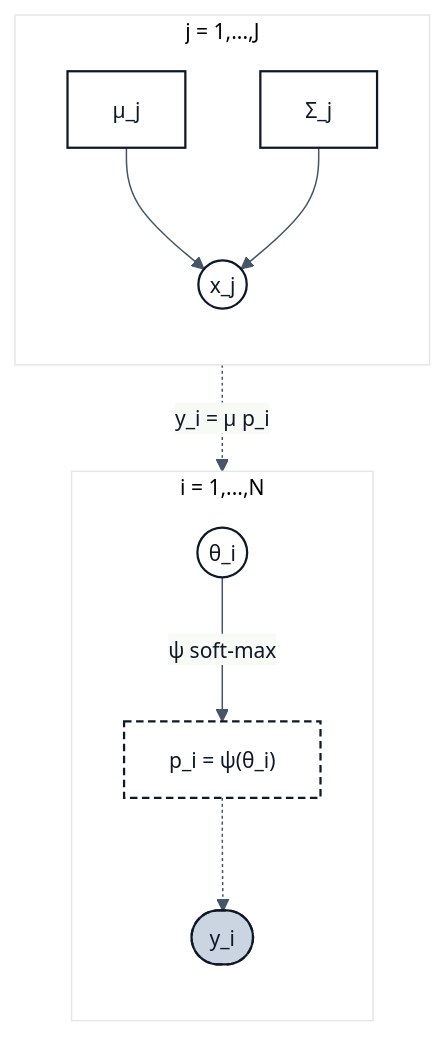
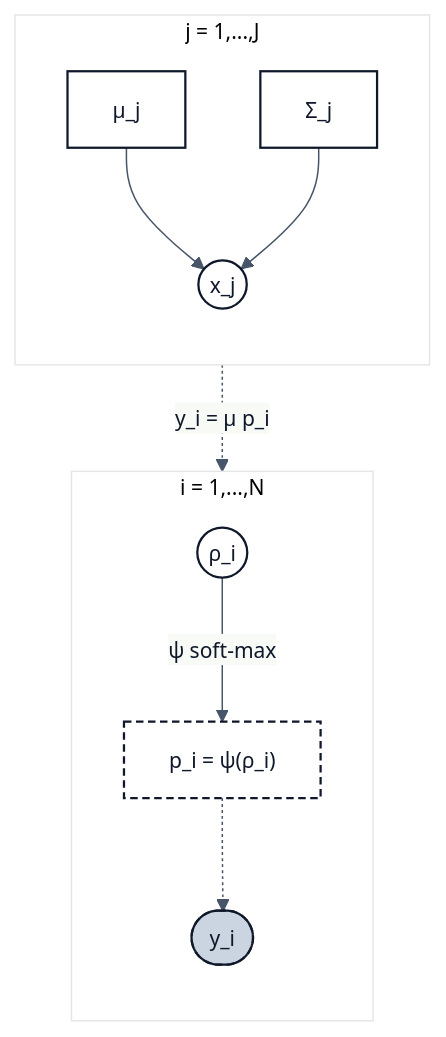
The diagram in README.md (bastienchassagnol/DeCovarT), drawn with Mermaid before and after one commit. The commit also changed other lines of this file and 15 other files, not shown here.

````diff
--- a/README.md
+++ b/README.md
@@ -38,43 +38,43 @@
 ```mermaid
 %%{init: {
   "theme": "base",
   "themeVariables": {
     "primaryColor": "#f5f7fa",
     "primaryBorderColor": "#334155",
     "primaryTextColor": "#0f172a",
     "lineColor": "#475569",
     "fontSize": "14px"
   },
   "flowchart": { "curve": "basis" }
 }}%%
 flowchart TB
   subgraph plateJ["j = 1,...,J"]
     direction TB
     mu["μ_j"]
     Sj["Σ_j"]
     xj(("x_j"))
     mu --> xj
     Sj --> xj
   end
 
   subgraph plateI["i = 1,...,N"]
     direction TB
-    theta(("θ_i"))
-    p["p_i = ψ(θ_i)"]
+    rho(("ρ_i"))
+    p["p_i = ψ(ρ_i)"]
     y(["y_i"])
-    theta -->|"ψ soft-max"| p
+    rho -->|"ψ soft-max"| p
     p -.-> y
   end
 
   xj -.->|"y_i = μ p_i"| y
 
   classDef param fill:#ffffff,stroke:#0f172a,stroke-width:1.5px;
   classDef latent fill:#ffffff,stroke:#0f172a,stroke-width:1.5px;
   classDef det fill:#ffffff,stroke:#0f172a,stroke-width:1.5px,stroke-dasharray:5 3;
   classDef obs fill:#cbd5e1,stroke:#0f172a,stroke-width:1.5px,stroke-dasharray:5 3;
 
   class mu,Sj param;
-  class theta,xj latent;
+  class rho,xj latent;
   class p det;
   class y obs;
 ```
````
